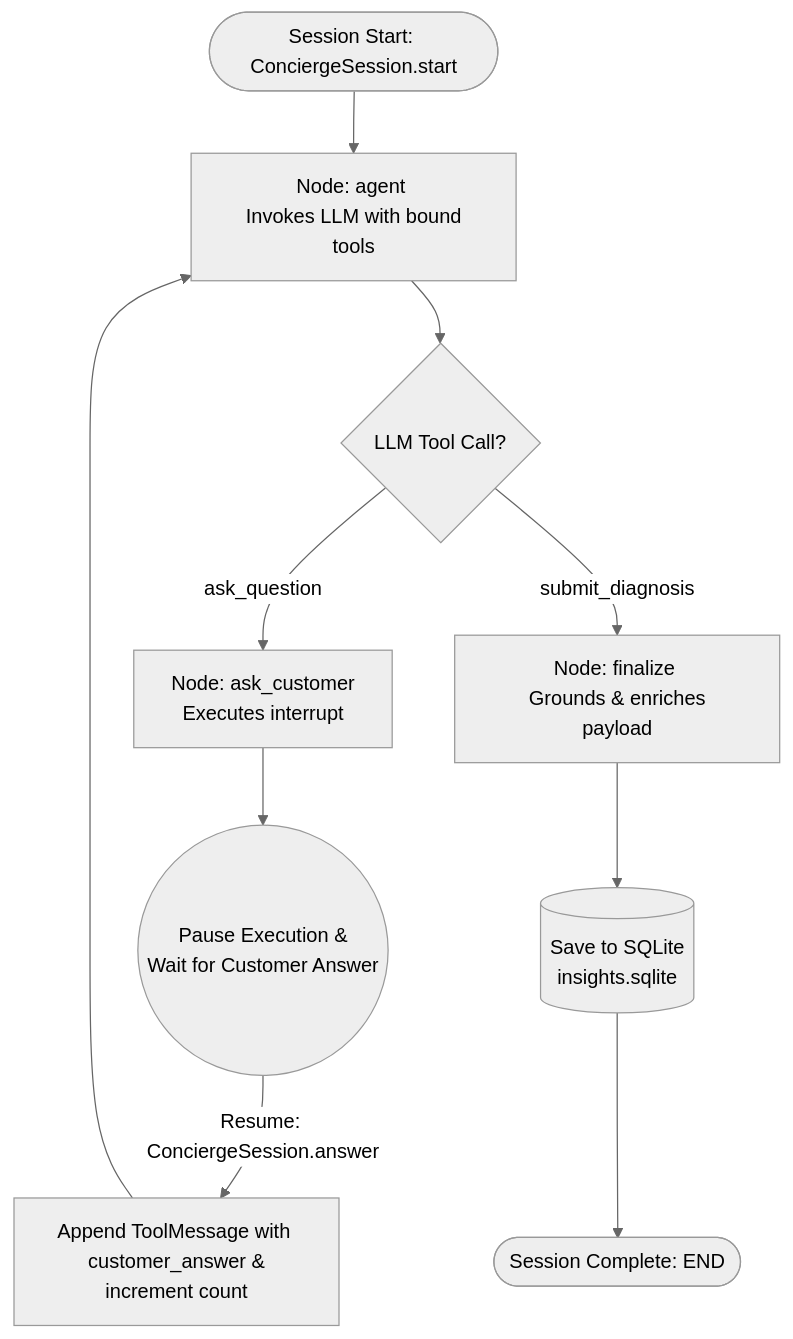
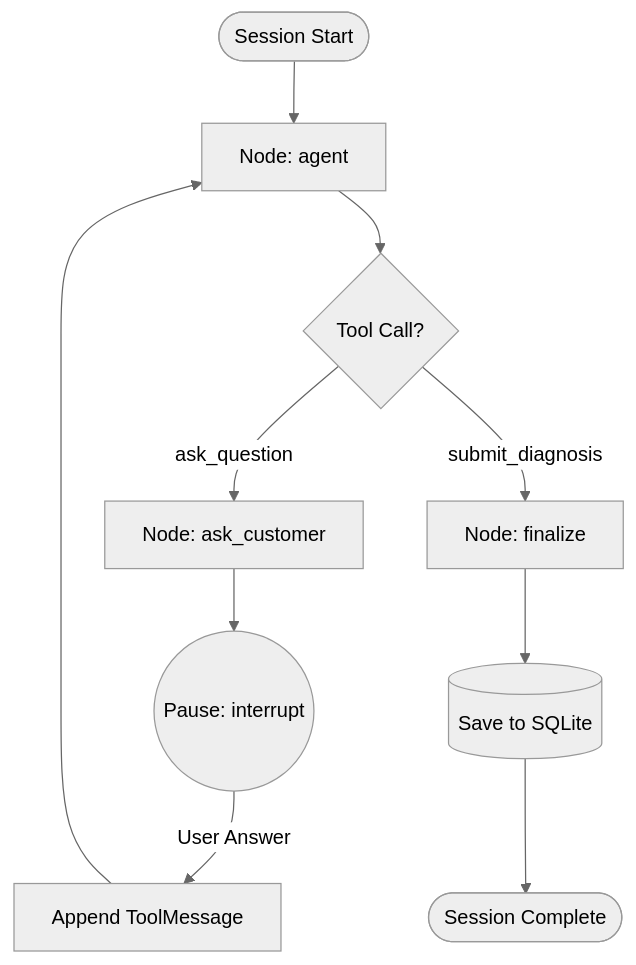
One commit to addy9051/True-texture-detector-AI-system changed the diagram in docs/03_conversational_agent_langgraph.md. Above: the diagram before and after it, drawn with Mermaid (neutral theme). The commit also changed other lines of this file and 7 other files, not shown here.

Commit message:
docs: add comprehensive system documentation for architecture, LLMOps, pipeline operations, and developer guides.

````diff
--- a/docs/03_conversational_agent_langgraph.md
+++ b/docs/03_conversational_agent_langgraph.md
@@ -7,17 +7,15 @@
 ```mermaid
 flowchart TD
-    Start([Session Start: ConciergeSession.start]) --> AgentNode[Node: agent <br/> Invokes LLM with bound tools]
+    Start([Session Start]) --> AgentNode[Node: agent]
+    AgentNode --> RouteDecision{Tool Call?}
     
-    AgentNode --> RouteAfterAgent{LLM Tool Call?}
+    RouteDecision -- "ask_question" --> AskNode[Node: ask_customer]
+    RouteDecision -- "submit_diagnosis" --> FinalizeNode[Node: finalize]
     
-    RouteAfterAgent -- "ask_question" --> AskNode[Node: ask_customer <br/> Executes interrupt]
-    RouteAfterAgent -- "submit_diagnosis" --> FinalizeNode[Node: finalize <br/> Grounds & enriches payload]
+    AskNode --> InterruptState((Pause: interrupt))
+    InterruptState -->|User Answer| ResumeState[Append ToolMessage]
+    ResumeState --> AgentNode
     
-    AskNode --> InterruptState((Pause Execution & <br/> Wait for Customer Answer))
-    
-    InterruptState -->|Resume: ConciergeSession.answer| ResumeAnswer[Append ToolMessage with <br/> customer_answer & increment count]
-    ResumeAnswer --> AgentNode
-    
-    FinalizeNode --> SaveDB[(Save to SQLite <br/> insights.sqlite)]
-    SaveDB --> EndNode([Session Complete: END])
+    FinalizeNode --> SaveDB[(Save to SQLite)]
+    SaveDB --> EndNode([Session Complete])
 ```
````
